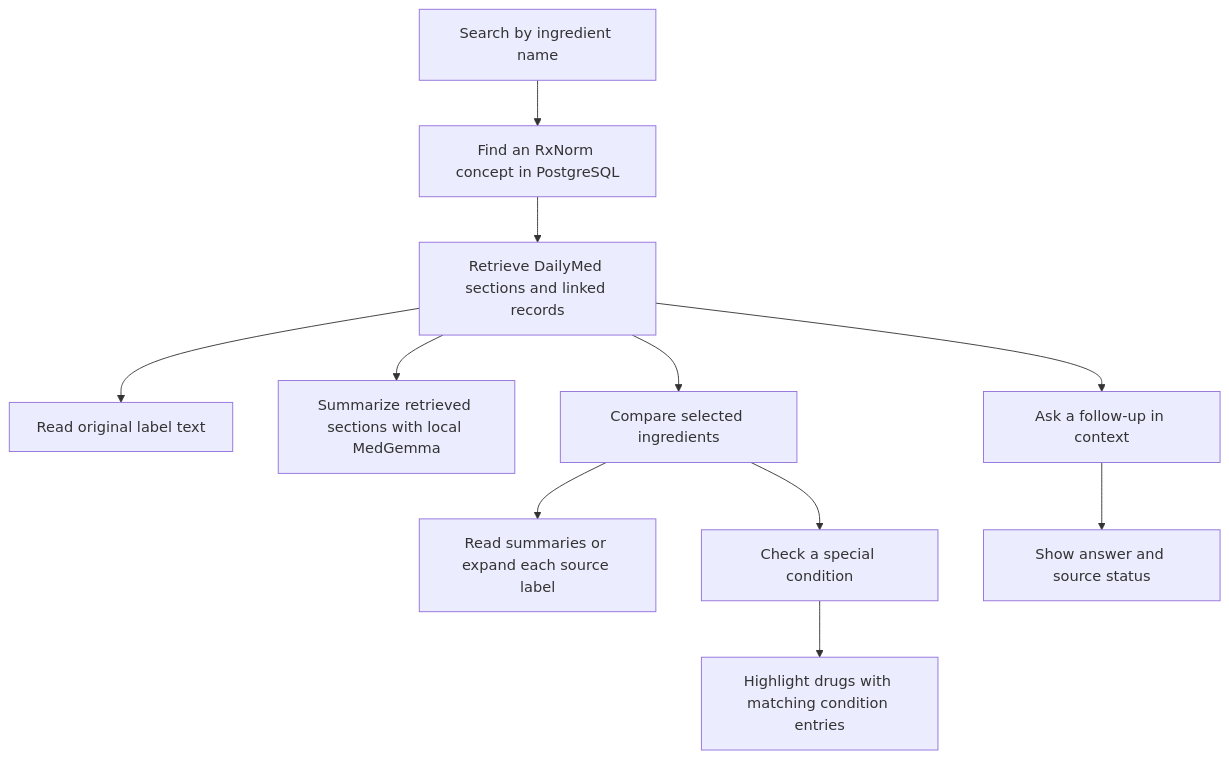
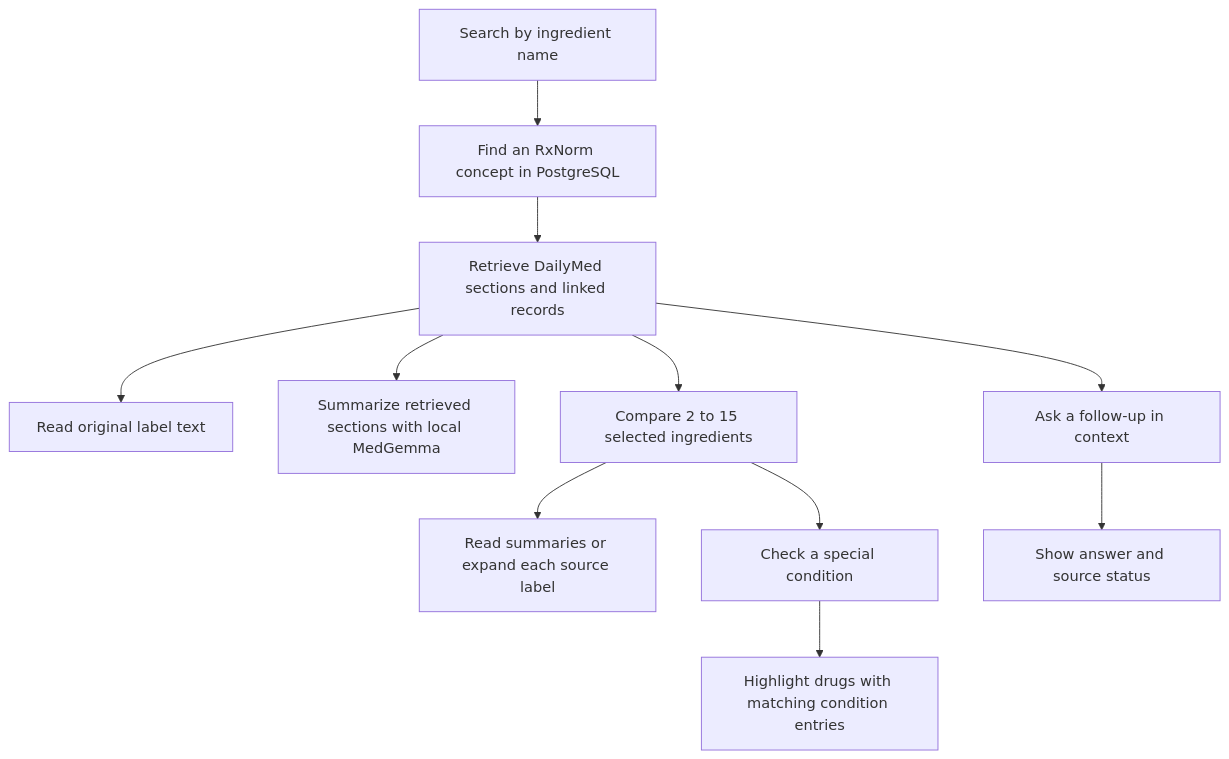
The first of 2 diagrams in README.md (mohamedtawfik92324/pharma-database-AI), drawn with Mermaid before and after one commit. The commit also changed other lines of this file and 7 other files, not shown here.

````diff
--- a/README.md
+++ b/README.md
@@ -46,13 +66,13 @@
 ```mermaid
 flowchart TD
     A["Search by ingredient name"] --> B["Find an RxNorm concept in PostgreSQL"]
     B --> C["Retrieve DailyMed sections and linked records"]
     C --> D["Read original label text"]
     C --> E["Summarize retrieved sections with local MedGemma"]
-    C --> F["Compare selected ingredients"]
+    C --> F["Compare 2 to 15 selected ingredients"]
     C --> G["Ask a follow-up in context"]
     F --> H["Read summaries or expand each source label"]
     F --> I["Check a special condition"]
     I --> J["Highlight drugs with matching condition entries"]
     G --> K["Show answer and source status"]
 ```
````
